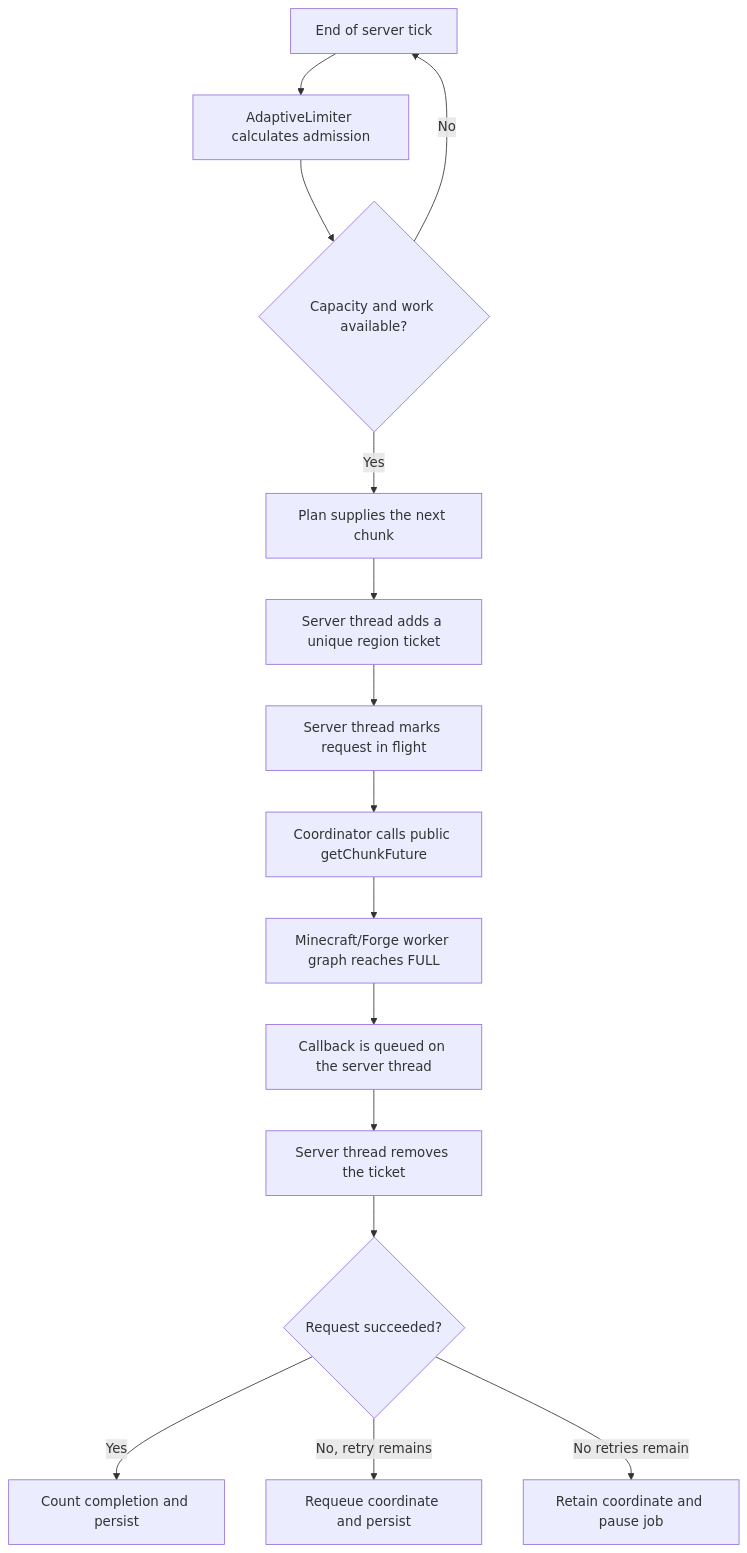
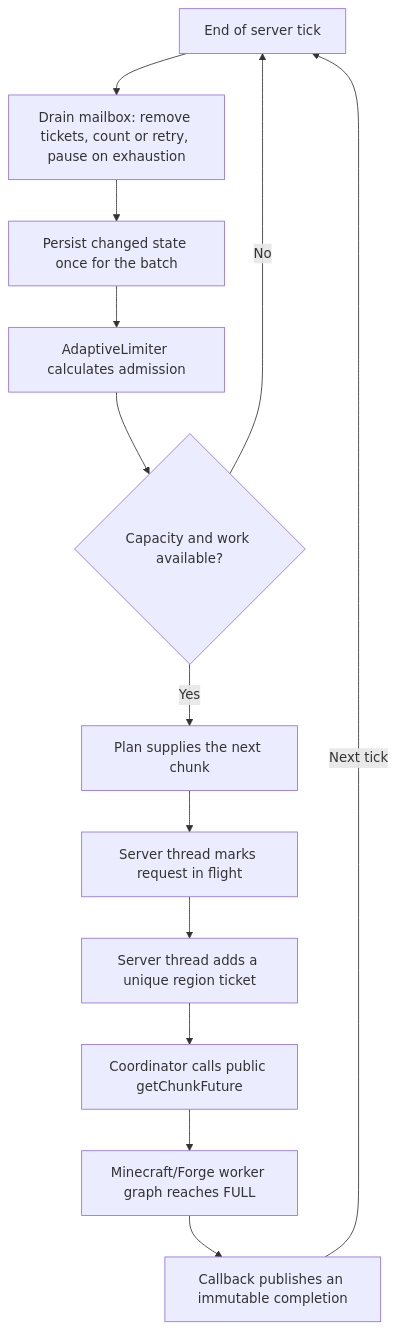
One commit to MimoAlexer/T2ME changed the first of 2 diagrams in docs/ARCHITECTURE.md. Above: the diagram before and after it, drawn with Mermaid. The commit also changed other lines of this file and 33 other files, not shown here.

````diff
--- a/docs/ARCHITECTURE.md
+++ b/docs/ARCHITECTURE.md
@@ -39,17 +40,15 @@
 ```mermaid
 flowchart TD
-    A["End of server tick"] --> B["AdaptiveLimiter calculates admission"]
+    A["End of server tick"] --> O["Drain mailbox: remove tickets, count or retry, pause on exhaustion"]
+    O --> P["Persist changed state once for the batch"]
+    P --> B["AdaptiveLimiter calculates admission"]
     B --> C{"Capacity and work available?"}
     C -- "No" --> A
     C -- "Yes" --> D["Plan supplies the next chunk"]
-    D --> E["Server thread adds a unique region ticket"]
-    E --> F["Server thread marks request in flight"]
+    D --> E["Server thread marks request in flight"]
+    E --> F["Server thread adds a unique region ticket"]
     F --> G["Coordinator calls public getChunkFuture"]
     G --> H["Minecraft/Forge worker graph reaches FULL"]
-    H --> I["Callback is queued on the server thread"]
-    I --> J["Server thread removes the ticket"]
-    J --> K{"Request succeeded?"}
-    K -- "Yes" --> L["Count completion and persist"]
-    K -- "No, retry remains" --> M["Requeue coordinate and persist"]
-    K -- "No retries remain" --> N["Retain coordinate and pause job"]
+    H --> I["Callback publishes an immutable completion"]
+    I -- "Next tick" --> A
 ```
````
